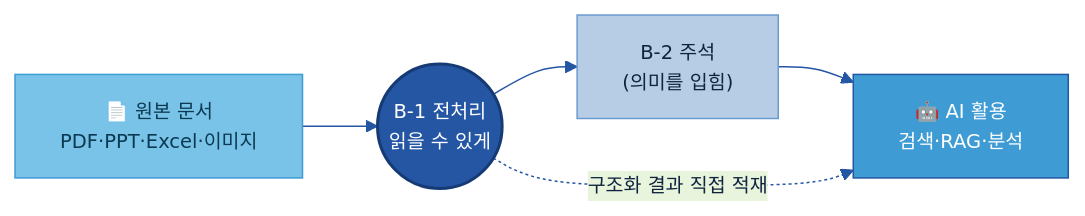
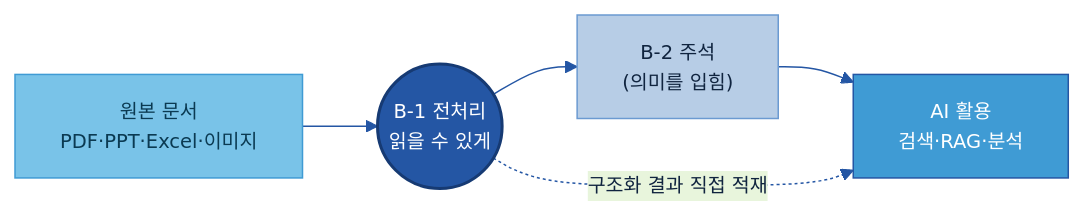
Before and after one commit to jin-kearney/ai-ready-data-manual: the first of 9 diagrams in 가이드 작성/B-1 데이터 전처리/B-1 데이터 전처리.md, drawn with Mermaid. The commit also changed other lines of this file and 4 other files, not shown here.

````diff
--- a/가이드 작성/B-1 데이터 전처리/B-1 데이터 전처리.md
+++ b/가이드 작성/B-1 데이터 전처리/B-1 데이터 전처리.md
@@ -75,14 +75,14 @@
 ```mermaid
 %%{init: {'theme':'base','themeVariables':{'primaryColor':'#DCE8F5','primaryBorderColor':'#2456A4','primaryTextColor':'#10243f','lineColor':'#2456A4','clusterBkg':'#EEF4FB','clusterBorder':'#6B9AD1','fontSize':'13px'}}}%%
 flowchart LR
-    RAW["📄 원본 문서<br/>PDF·PPT·Excel·이미지"]:::src
+    RAW["원본 문서<br/>PDF·PPT·Excel·이미지"]:::src
     B1(("B-1 전처리<br/>읽을 수 있게")):::cat
     B2["B-2 주석<br/>(의미를 입힘)"]:::n
-    USE["🤖 AI 활용<br/>검색·RAG·분석"]:::gate
+    USE["AI 활용<br/>검색·RAG·분석"]:::gate
     RAW --> B1 --> B2 --> USE
     B1 -. 구조화 결과 직접 적재 .-> USE
     classDef n fill:#B7CDE6,stroke:#6B9AD1,color:#10243f;
     classDef src fill:#79C3E8,stroke:#3F9BD4,color:#0b3a52;
     classDef cat fill:#2456A4,color:#fff,stroke:#163a73,stroke-width:2px;
     classDef gate fill:#3F9BD4,stroke:#2456A4,color:#fff;
 ```
````
